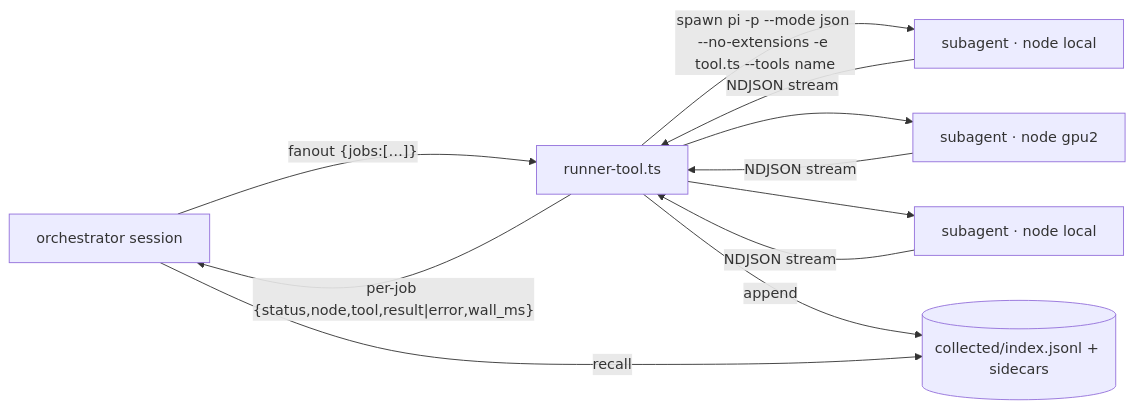
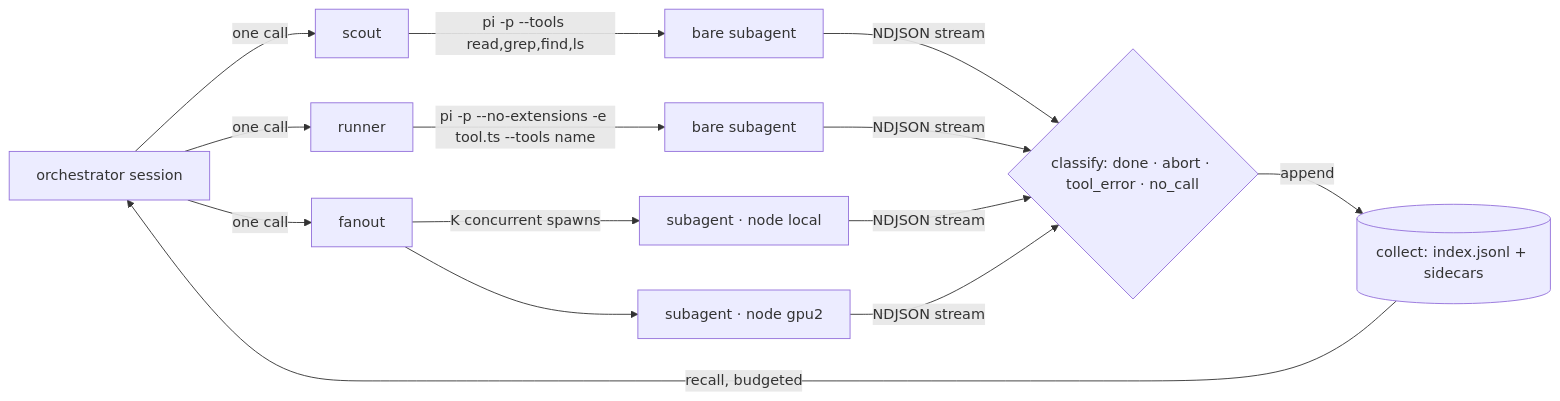
The diagram in README.md (markrpeters/kinase), drawn with Mermaid before and after one commit. The commit also changed other lines of this file and 15 other files, not shown here.

````diff
--- a/README.md
+++ b/README.md
@@ -38,11 +29,13 @@
 ```mermaid
 flowchart LR
-  A[orchestrator session] -- "fanout {jobs:[…]}" --> B[runner-tool.ts]
-  B -- "spawn pi -p --mode json --no-extensions -e tool.ts --tools name" --> C1[subagent · node local]
-  B --> C2[subagent · node gpu2]
-  B --> C3[subagent · node local]
-  C1 & C2 & C3 -- NDJSON stream --> B
-  B -- "per-job {status,node,tool,result|error,wall_ms}" --> A
-  B -- append --> S[(collected/index.jsonl + sidecars)]
-  A -- recall --> S
+  O[orchestrator session] -->|one call| S[scout]
+  O -->|one call| R[runner]
+  O -->|one call| F[fanout]
+  S -->|"pi -p --tools read,grep,find,ls"| S1[bare subagent]
+  R -->|"pi -p --no-extensions -e tool.ts --tools name"| R1[bare subagent]
+  F -->|K concurrent spawns| F1[subagent · node local]
+  F --> F2[subagent · node gpu2]
+  S1 & R1 & F1 & F2 -->|NDJSON stream| C{classify: done · abort · tool_error · no_call}
+  C -->|append| K[(collect: index.jsonl + sidecars)]
+  K -->|recall, budgeted| O
 ```
````
